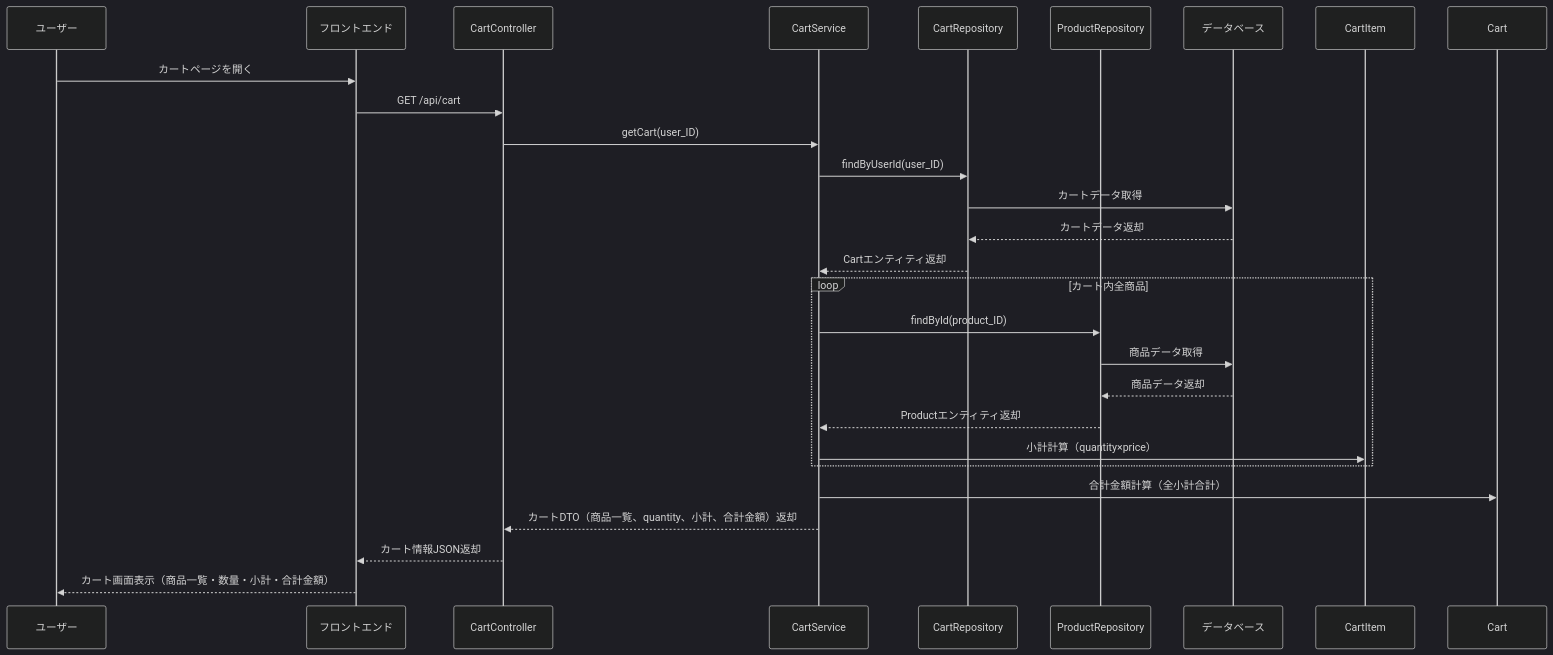
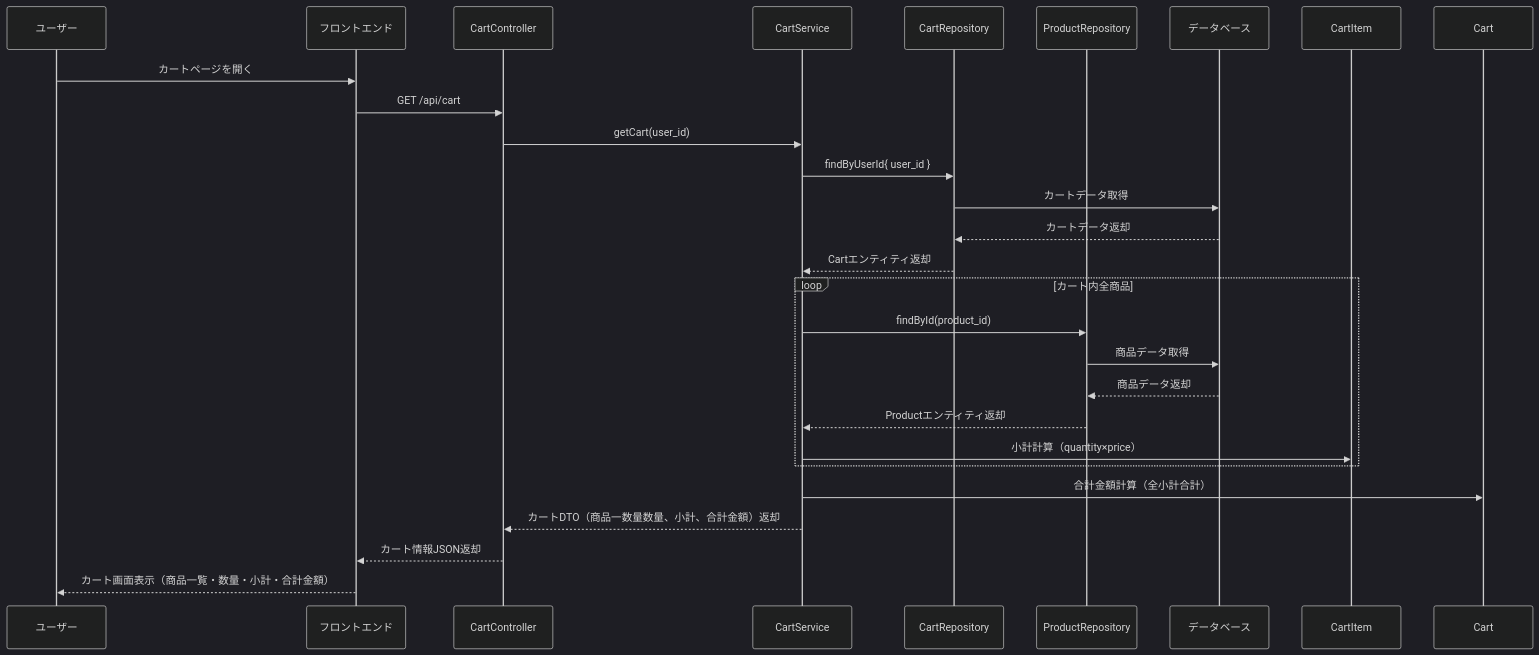
The sixth of 29 diagrams in 詳細設計/担当B_村田/3.2 機能詳細.md (Aoi-Yaegashi/teamF), drawn with Mermaid (dark theme) before and after one commit. The commit also changed other lines of this file and 1 other file, not shown here.

```diff
--- a/詳細設計/担当B_村田/3.2 機能詳細.md
+++ b/詳細設計/担当B_村田/3.2 機能詳細.md
@@ -176,29 +176,29 @@
 <div class="mermaid">
 sequenceDiagram
     participant User as ユーザー
     participant Browser as フロントエンド
     participant CartController as CartController
     participant CartService as CartService
     participant CartRepo as CartRepository
     participant ProductRepo as ProductRepository
     participant DB as データベース
 
     User->>Browser: カートページを開く
     Browser->>CartController: GET /api/cart
-    CartController->>CartService: getCart(user_ID)
-    CartService->>CartRepo: findByUserId(user_ID)
+    CartController->>CartService: getCart(user_id)
+    CartService->>CartRepo: findByUserId{ user_id }
     CartRepo->>DB: カートデータ取得
     DB-->>CartRepo: カートデータ返却
     CartRepo-->>CartService: Cartエンティティ返却
     loop カート内全商品
-        CartService->>ProductRepo: findById(product_ID)
+        CartService->>ProductRepo: findById(product_id)
         ProductRepo->>DB: 商品データ取得
         DB-->>ProductRepo: 商品データ返却
         ProductRepo-->>CartService: Productエンティティ返却
         CartService->>CartItem: 小計計算（quantity×price）
     end
     CartService->>Cart: 合計金額計算（全小計合計）
-    CartService-->>CartController: カートDTO（商品一覧、quantity、小計、合計金額）返却
+    CartService-->>CartController: カートDTO（商品一数量数量、小計、合計金額）返却
     CartController-->>Browser: カート情報JSON返却
     Browser-->>User: カート画面表示（商品一覧・数量・小計・合計金額）
 </div>
```
